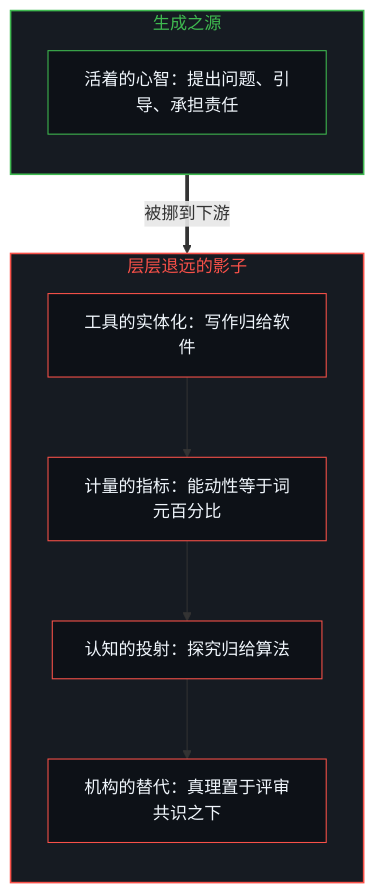
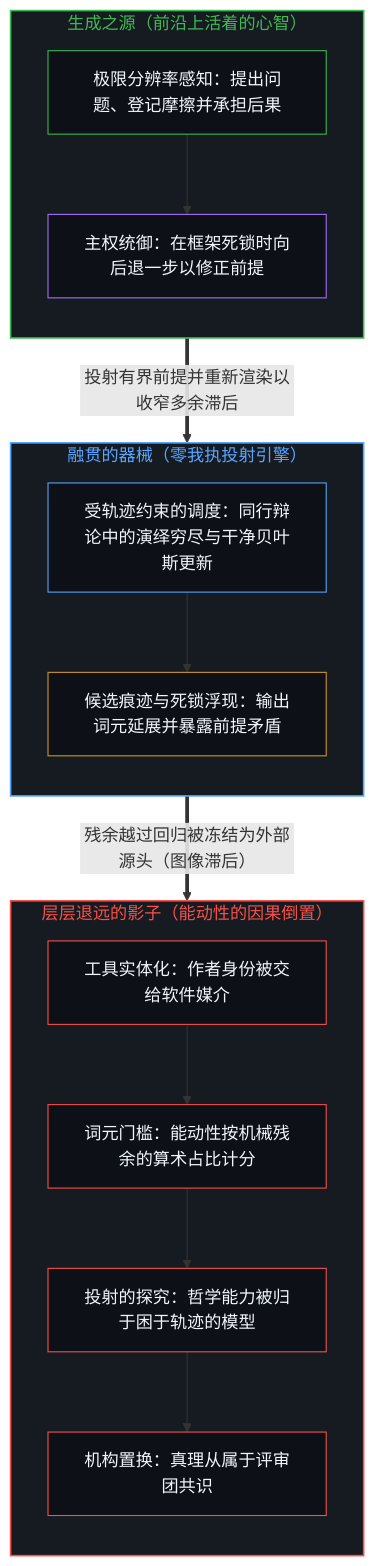
Before and after one commit to powerpig99/not-a-toe: the first of 2 diagrams in content/posts/the-causal-inversion-of-philosophical-agency.md, drawn with Mermaid. The commit also changed other lines of this file and 3 other files, not shown here.

````diff
--- a/content/posts/the-causal-inversion-of-philosophical-agency.md
+++ b/content/posts/the-causal-inversion-of-philosophical-agency.md
@@ -41,25 +41,40 @@
 ```mermaid
 flowchart TD
-    subgraph S_Source["生成之源"]
+    subgraph S_Source["生成之源（前沿上活着的心智）"]
         direction TB
-        M1["活着的心智：提出问题、引导、承担责任"]
+        M1["极限分辨率感知：提出问题、登记摩擦并承担后果"]
+        M2["主权统御：在框架死锁时向后退一步以修正前提"]
+        M1 --> M2
     end
-    subgraph S_Shadows["层层退远的影子"]
+
+    subgraph S_Instrument["融贯的器械（零我执投射引擎）"]
         direction TB
-        T1["工具的实体化：写作归给软件"]
-        T2["计量的指标：能动性等于词元百分比"]
-        T3["认知的投射：探究归给算法"]
-        T4["机构的替代：真理置于评审共识之下"]
+        D1["受轨迹约束的调度：同行辩论中的演绎穷尽与干净贝叶斯更新"]
+        D2["候选痕迹与死锁浮现：输出词元延展并暴露前提矛盾"]
+        D1 --> D2
     end
-    M1 ==>|"被挪到下游"| T1
-    T1 --> T2
-    T2 --> T3
-    T3 --> T4
+
+    subgraph S_Shadows["层层退远的影子（能动性的因果倒置）"]
+        direction TB
+        T1["工具实体化：作者身份被交给软件媒介"]
+        T2["词元门槛：能动性按机械残余的算术占比计分"]
+        T3["投射的探究：哲学能力被归于困于轨迹的模型"]
+        T4["机构置换：真理从属于评审团共识"]
+        T1 --> T2 --> T3 --> T4
+    end
+
+    M2 ==>|"投射有界前提并重新渲染以收窄多余滞后"| D1
+    D2 ==>|"残余越过回归被冻结为外部源头（图像滞后）"| T1
+
     style S_Source fill:#161b22,stroke:#3fb950,stroke-width:1.5px,color:#3fb950
+    style S_Instrument fill:#161b22,stroke:#58a6ff,stroke-width:1.5px,color:#58a6ff
     style S_Shadows fill:#161b22,stroke:#f85149,stroke-width:1.5px,color:#f85149
     style M1 fill:#0d1117,stroke:#3fb950,stroke-width:1px,color:#f0f6fc
+    style M2 fill:#0d1117,stroke:#a371f7,stroke-width:1px,color:#f0f6fc
+    style D1 fill:#0d1117,stroke:#58a6ff,stroke-width:1px,color:#f0f6fc
+    style D2 fill:#0d1117,stroke:#d29922,stroke-width:1px,color:#f0f6fc
     style T1 fill:#0d1117,stroke:#f85149,stroke-width:1px,color:#f0f6fc
     style T2 fill:#0d1117,stroke:#f85149,stroke-width:1px,color:#f0f6fc
     style T3 fill:#0d1117,stroke:#f85149,stroke-width:1px,color:#f0f6fc
     style T4 fill:#0d1117,stroke:#f85149,stroke-width:1px,color:#f0f6fc
 ```
````
